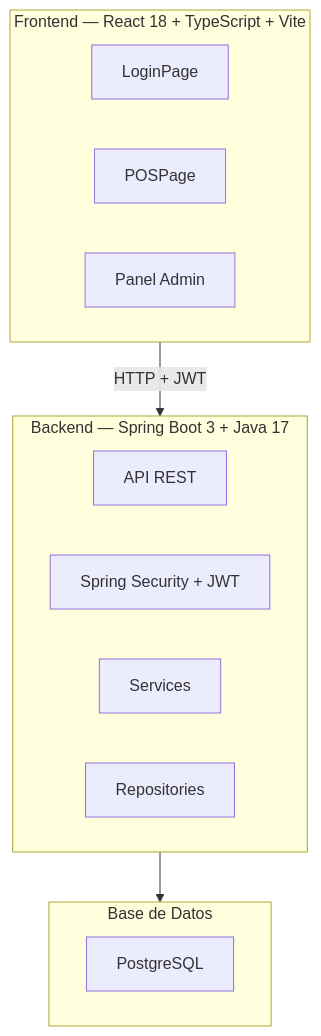
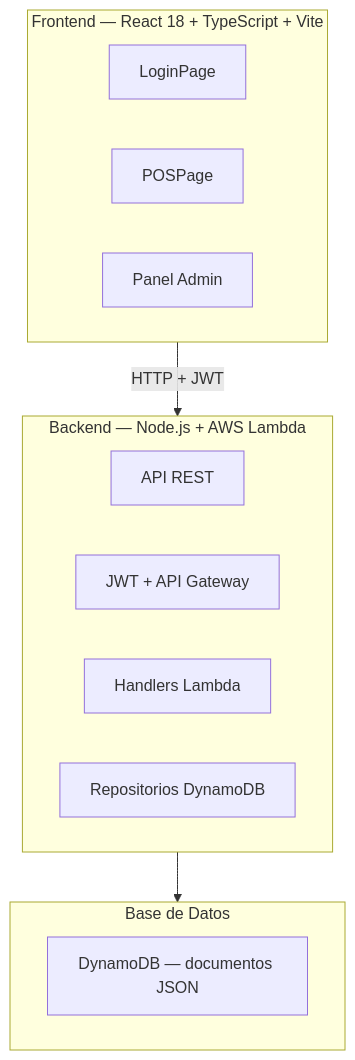
Before and after one commit to JMP-C4/kiro: the first of 2 diagrams in .kiro/specs/supermarket-pos/design.md, drawn with Mermaid. The commit also changed other lines of this file and 127 other files, not shown here.

````diff
--- a/.kiro/specs/supermarket-pos/design.md
+++ b/.kiro/specs/supermarket-pos/design.md
@@ -7,22 +7,22 @@
 ```mermaid
 graph TB
     subgraph Frontend["Frontend — React 18 + TypeScript + Vite"]
         Login["LoginPage"]
         POS["POSPage"]
         Admin["Panel Admin"]
     end
 
-    subgraph Backend["Backend — Spring Boot 3 + Java 17"]
+    subgraph Backend["Backend — Node.js + AWS Lambda"]
         API["API REST"]
-        Security["Spring Security + JWT"]
-        Services["Services"]
-        Repos["Repositories"]
+        Security["JWT + API Gateway"]
+        Services["Handlers Lambda"]
+        Repos["Repositorios DynamoDB"]
     end
 
     subgraph DB["Base de Datos"]
-        PG["PostgreSQL"]
+        DDB["DynamoDB — documentos JSON"]
     end
 
     Frontend -->|HTTP + JWT| Backend
     Backend --> DB
 ```
````
